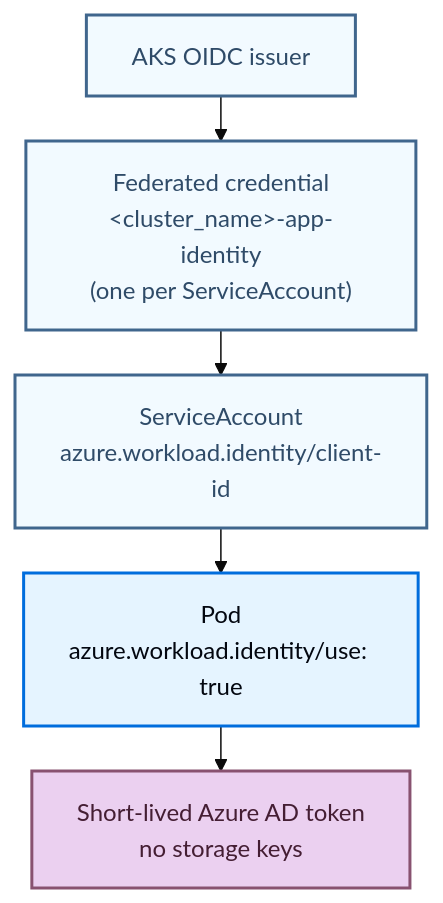
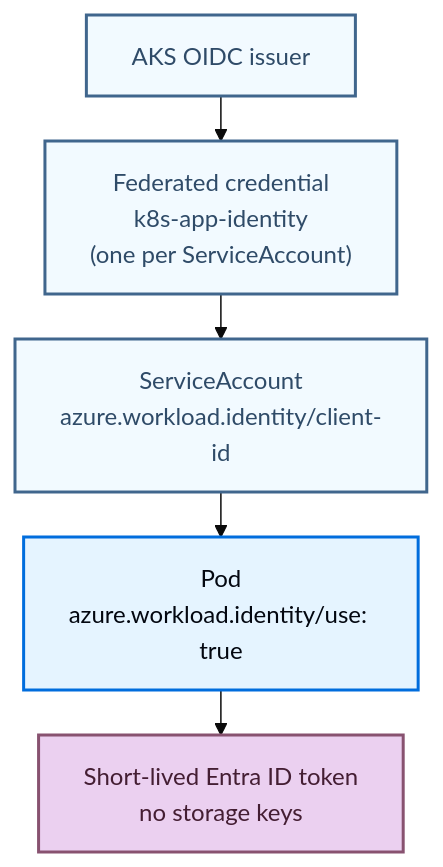
One commit to langchain-ai/docs changed the first of 2 diagrams in src/langsmith/self-host-terraform-azure-architecture.mdx. Above: the diagram before and after it, drawn with Mermaid (base theme). The commit also changed other lines of this file and 5 other files, not shown here.

````diff
--- a/src/langsmith/self-host-terraform-azure-architecture.mdx
+++ b/src/langsmith/self-host-terraform-azure-architecture.mdx
@@ -203,18 +205,18 @@
 ```mermaid actions={false}
 %%{init: {'flowchart': {'nodeSpacing': 25, 'rankSpacing': 30}}}%%
 graph TB
     OIDC["AKS OIDC issuer"]
-    Fed["Federated credential<br/>#lt;cluster_name#gt;-app-identity<br/>(one per ServiceAccount)"]
+    Fed["Federated credential<br/>k8s-app-identity<br/>(one per ServiceAccount)"]
     SA["ServiceAccount<br/>azure.workload.identity/client-id"]
     Pod["Pod<br/>azure.workload.identity/use: true"]
-    Token["Short-lived Azure AD token<br/>no storage keys"]
+    Token["Short-lived Entra ID token<br/>no storage keys"]
     OIDC --> Fed --> SA --> Pod --> Token
 
     classDef process fill:#E5F4FF,stroke:#006DDD,stroke-width:2px,color:#030710
     classDef neutral fill:#F2FAFF,stroke:#40668D,stroke-width:2px,color:#2F4B68
     classDef output fill:#EBD0F0,stroke:#885270,stroke-width:2px,color:#441E33
 
     class OIDC,Fed,SA neutral
     class Pod process
     class Token output
 ```
````
